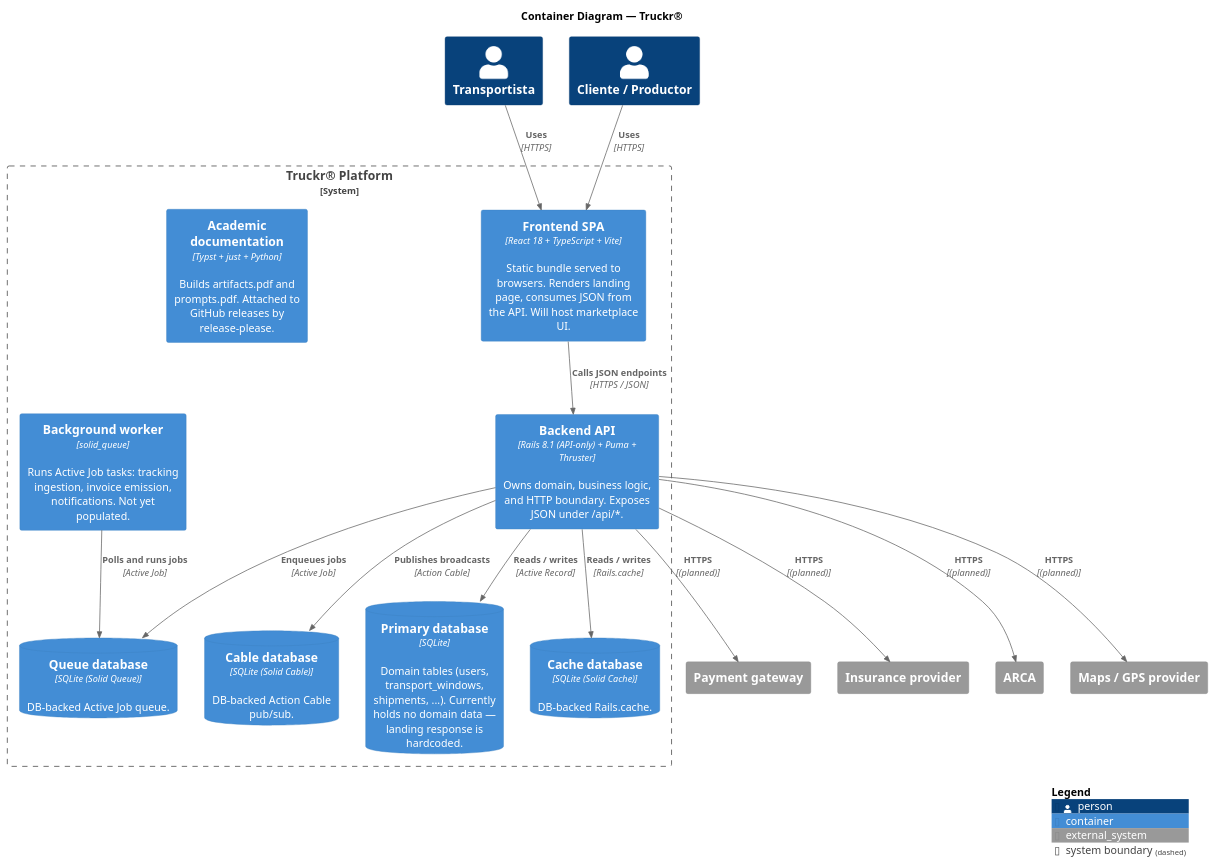
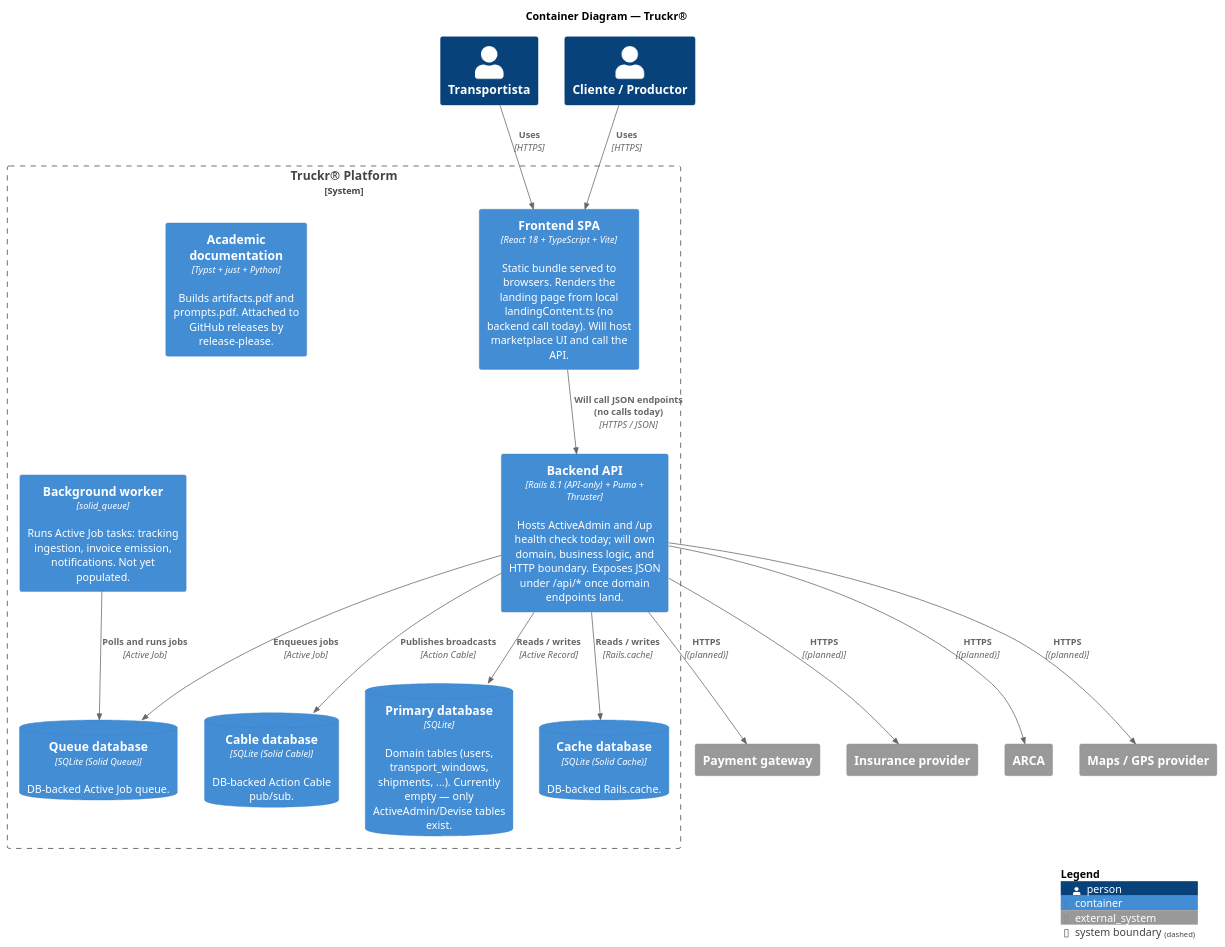
One commit to matias-ferrero/Truckr changed the diagram in docs/03-architecture-diagrams/c4-container.puml. Above: the diagram before and after it, drawn with PlantUML. The commit also changed 15 other files, not shown here.

First line of the commit message:
docs: correct landing page as static frontend, not backend-served (#78)

```diff
--- a/docs/03-architecture-diagrams/c4-container.puml
+++ b/docs/03-architecture-diagrams/c4-container.puml
@@ -1,46 +1,46 @@
 @startuml c4-container
 !include <C4/C4_Container>
 
 title Container Diagram — Truckr®
 
 Person(transportista, "Transportista")
 Person(cliente, "Cliente / Productor")
 
 System_Boundary(truckr, "Truckr® Platform") {
-  Container(spa, "Frontend SPA", "React 18 + TypeScript + Vite", "Static bundle served to browsers. Renders landing page, consumes JSON from the API. Will host marketplace UI.")
+  Container(spa, "Frontend SPA", "React 18 + TypeScript + Vite", "Static bundle served to browsers. Renders the landing page from local landingContent.ts (no backend call today). Will host marketplace UI and call the API.")
 
-  Container(api, "Backend API", "Rails 8.1 (API-only) + Puma + Thruster", "Owns domain, business logic, and HTTP boundary. Exposes JSON under /api/*.")
+  Container(api, "Backend API", "Rails 8.1 (API-only) + Puma + Thruster", "Hosts ActiveAdmin and /up health check today; will own domain, business logic, and HTTP boundary. Exposes JSON under /api/* once domain endpoints land.")
 
-  ContainerDb(primary_db, "Primary database", "SQLite", "Domain tables (users, transport_windows, shipments, ...). Currently holds no domain data — landing response is hardcoded.")
+  ContainerDb(primary_db, "Primary database", "SQLite", "Domain tables (users, transport_windows, shipments, ...). Currently empty — only ActiveAdmin/Devise tables exist.")
   ContainerDb(cache_db, "Cache database", "SQLite (Solid Cache)", "DB-backed Rails.cache.")
   ContainerDb(queue_db, "Queue database", "SQLite (Solid Queue)", "DB-backed Active Job queue.")
   ContainerDb(cable_db, "Cable database", "SQLite (Solid Cable)", "DB-backed Action Cable pub/sub.")
 
   Container(worker, "Background worker", "solid_queue", "Runs Active Job tasks: tracking ingestion, invoice emission, notifications. Not yet populated.")
 
   Container(docs, "Academic documentation", "Typst + just + Python", "Builds artifacts.pdf and prompts.pdf. Attached to GitHub releases by release-please.")
 }
 
 System_Ext(payments, "Payment gateway")
 System_Ext(insurance, "Insurance provider")
 System_Ext(arca, "ARCA")
 System_Ext(maps, "Maps / GPS provider")
 
 Rel(transportista, spa, "Uses", "HTTPS")
 Rel(cliente, spa, "Uses", "HTTPS")
 
-Rel(spa, api, "Calls JSON endpoints", "HTTPS / JSON")
+Rel(spa, api, "Will call JSON endpoints (no calls today)", "HTTPS / JSON")
 
 Rel(api, primary_db, "Reads / writes", "Active Record")
 Rel(api, cache_db, "Reads / writes", "Rails.cache")
 Rel(api, queue_db, "Enqueues jobs", "Active Job")
 Rel(worker, queue_db, "Polls and runs jobs", "Active Job")
 Rel(api, cable_db, "Publishes broadcasts", "Action Cable")
 
 Rel(api, payments, "HTTPS", "(planned)")
 Rel(api, insurance, "HTTPS", "(planned)")
 Rel(api, arca, "HTTPS", "(planned)")
 Rel(api, maps, "HTTPS", "(planned)")
 
 SHOW_LEGEND()
 @enduml
```
